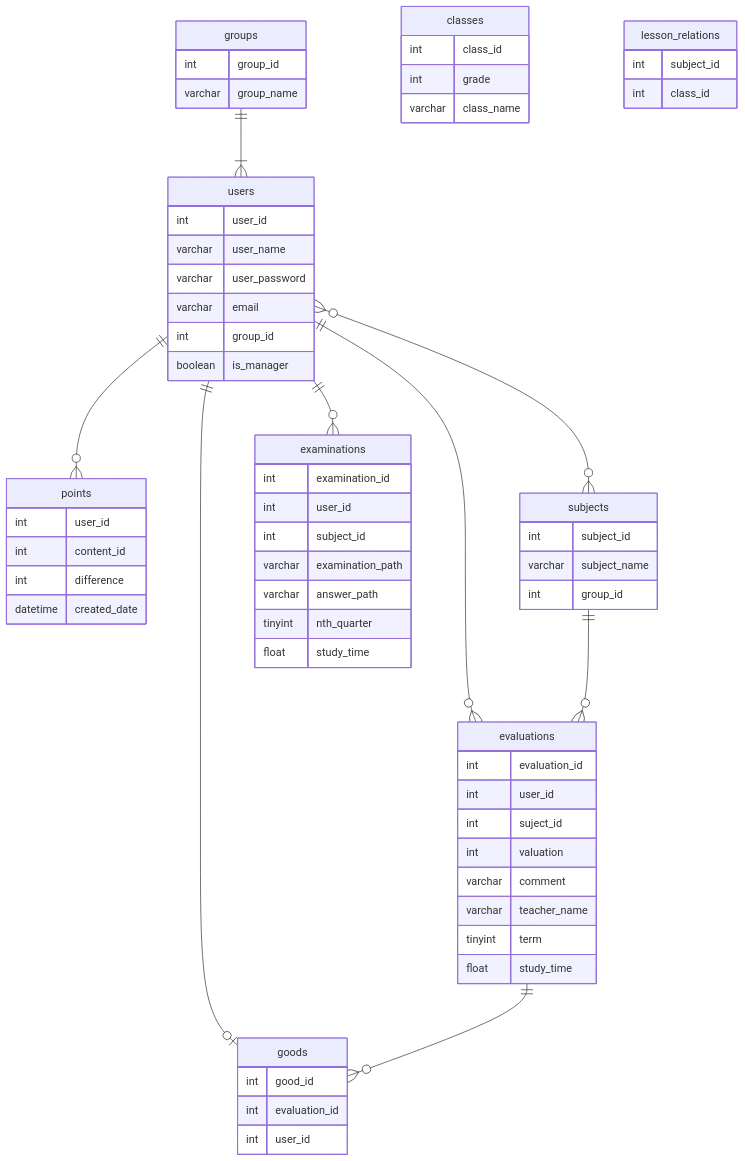
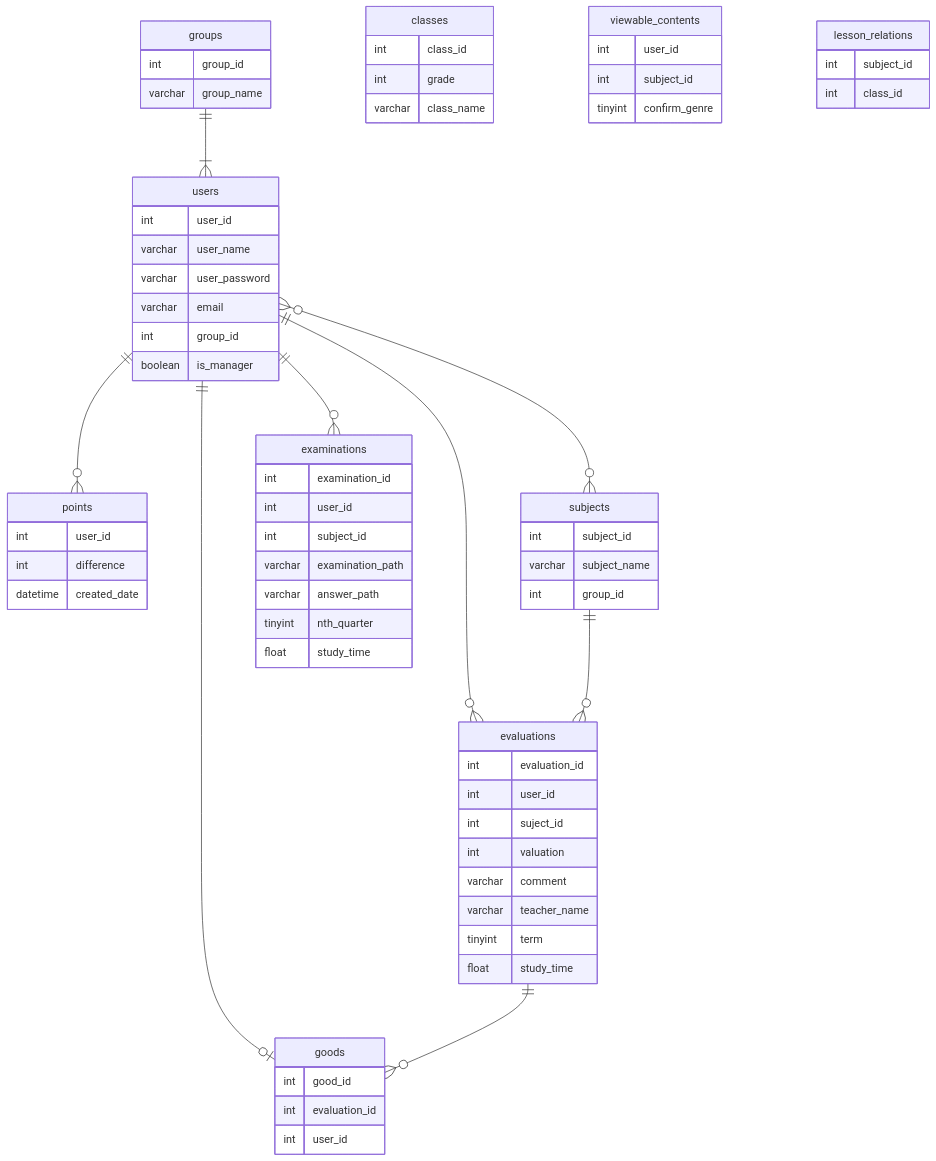
The diagram in docs/ER.md (kinoshita0923/manabiba_backend), drawn with Mermaid before and after one commit.

Commit message:
🐛 コンテンツの閲覧権限に関するテーブル設計を修正

````diff
--- a/docs/ER.md
+++ b/docs/ER.md
@@ -1,76 +1,81 @@
 ```mermaid
 erDiagram
     groups {
         int group_id
         varchar group_name
     }
 
     users {
         int user_id
         varchar user_name
         varchar user_password
         varchar email
         int group_id
         boolean is_manager
     }
 
     classes {
         int class_id
         int grade
         varchar class_name
     }
 
     points {
         int user_id
-        int content_id
         int difference
         datetime created_date
+    }
+
+    viewable_contents {
+        int user_id
+        int subject_id
+        tinyint confirm_genre
     }
 
     subjects {
         int subject_id
         varchar subject_name
         int group_id
     }
 
     evaluations {
         int evaluation_id
         int user_id
         int suject_id
         int valuation
         varchar comment
         varchar teacher_name
         tinyint term
         float study_time
     }
 
     examinations {
         int examination_id
         int user_id
         int subject_id
         varchar examination_path
         varchar answer_path
         tinyint nth_quarter
         float study_time
     }
 
     lesson_relations {
         int subject_id
         int class_id
     }
 
     goods {
         int good_id
         int evaluation_id
         int user_id
     }
 
     groups||--|{users: ""
     users||--o{points: ""
     users}o--o{subjects: ""
     users||--o{evaluations: ""
     users||--o{examinations: ""
     users||--o|goods: ""
     subjects||--o{evaluations: ""
     evaluations||--o{goods: ""
 ```
````
